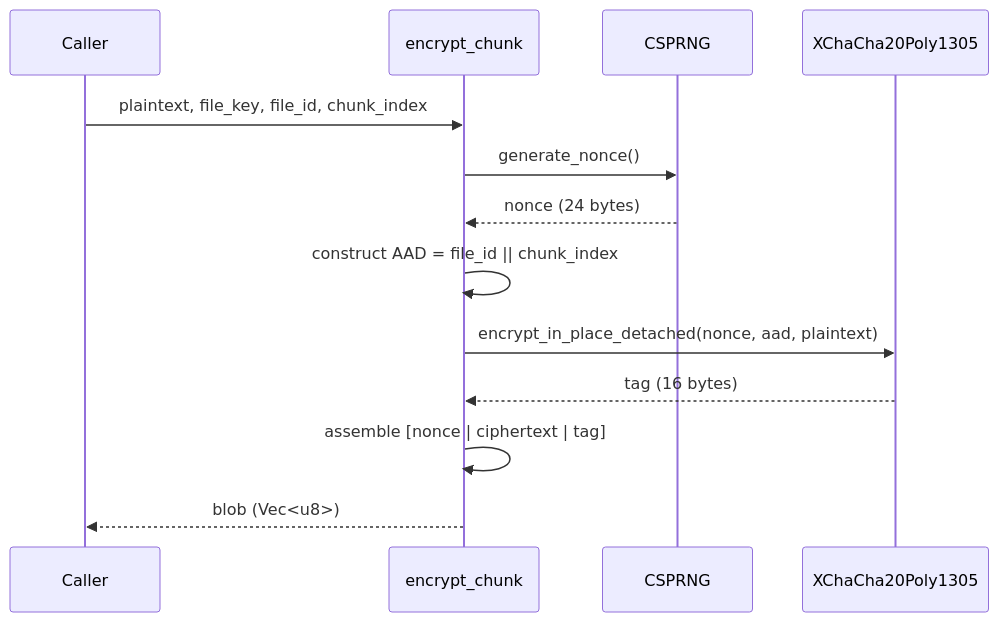
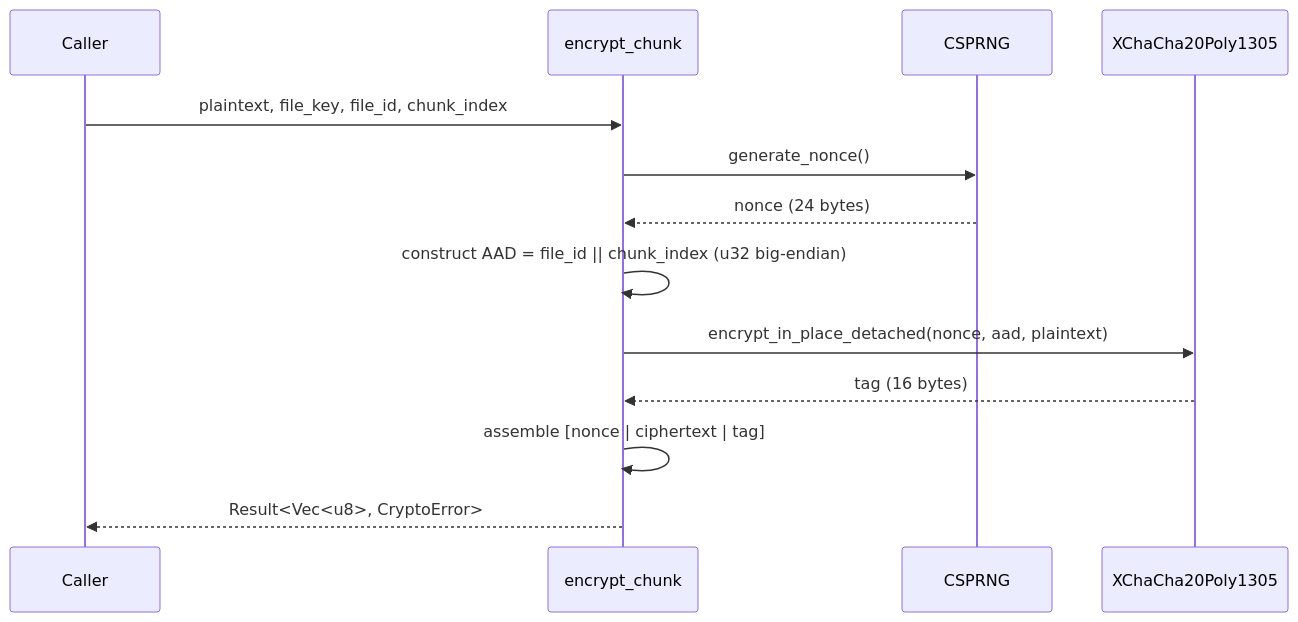
The diagram in docs/architecture/designs/cryptographic-primitives/diagrams/chunk-encryption-flow.md (salgaard/arx-runa), drawn with Mermaid before and after one commit. The commit also changed 22 other files, not shown here.

Commit message:
new github actions for secret scan and improve diagrams

````diff
--- a/docs/architecture/designs/cryptographic-primitives/diagrams/chunk-encryption-flow.md
+++ b/docs/architecture/designs/cryptographic-primitives/diagrams/chunk-encryption-flow.md
@@ -6,16 +6,16 @@
 ```mermaid
 sequenceDiagram
     participant Caller
     participant encrypt_chunk
     participant CSPRNG
     participant XChaCha20Poly1305
 
     Caller->>encrypt_chunk: plaintext, file_key, file_id, chunk_index
     encrypt_chunk->>CSPRNG: generate_nonce()
     CSPRNG-->>encrypt_chunk: nonce (24 bytes)
-    encrypt_chunk->>encrypt_chunk: construct AAD = file_id || chunk_index
+    encrypt_chunk->>encrypt_chunk: construct AAD = file_id #124;#124; chunk_index (u32 big-endian)
     encrypt_chunk->>XChaCha20Poly1305: encrypt_in_place_detached(nonce, aad, plaintext)
     XChaCha20Poly1305-->>encrypt_chunk: tag (16 bytes)
-    encrypt_chunk->>encrypt_chunk: assemble [nonce | ciphertext | tag]
-    encrypt_chunk-->>Caller: blob (Vec#60;u8#62;)
+    encrypt_chunk->>encrypt_chunk: assemble [nonce #124; ciphertext #124; tag]
+    encrypt_chunk-->>Caller: Result#60;Vec#60;u8#62;, CryptoError#62;
 ```
````
